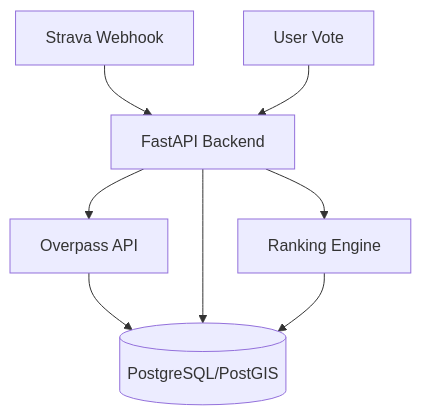
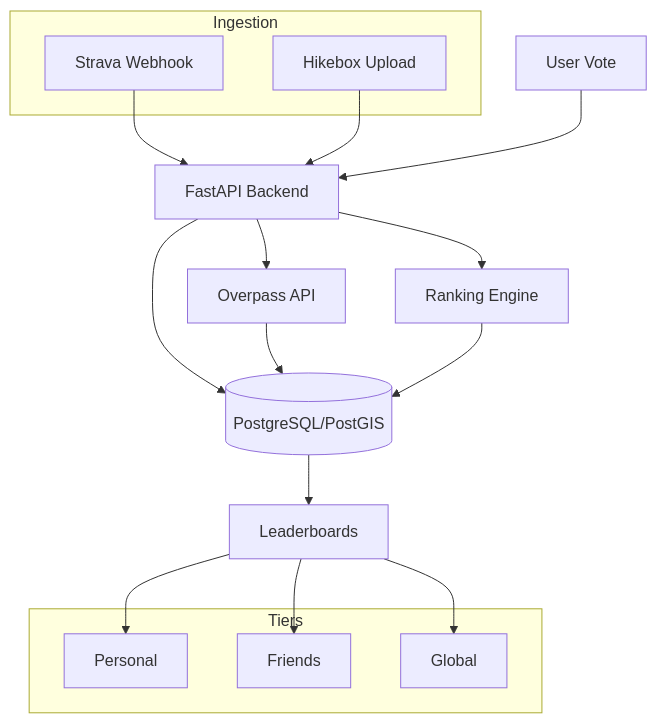
Before and after one commit to krishjp/cairn: the first of 2 diagrams in README.md, drawn with Mermaid. The commit also changed other lines of this file and 19 other files, not shown here.

First line of the commit message:
feat: Backend & Architecture Refactor for Hikebox Support

````diff
--- a/README.md
+++ b/README.md
@@ -16,10 +16,28 @@
 ```mermaid
 graph TD
-    A[Strava Webhook] --> B[FastAPI Backend]
+    subgraph Ingestion
+        A1[Strava Webhook]
+        A2[Hikebox Upload]
+    end
+
+    A1 --> B[FastAPI Backend]
+    A2 --> B
+    
     B --> C[Overpass API]
-    C --> D[(PostgreSQL/PostGIS)]
-    B --> D
+    B --> D[(PostgreSQL/PostGIS)]
+    C --> D
+    
     E[User Vote] --> B
     B --> F[Ranking Engine]
     F --> D
+    
+    D --> G[Leaderboards]
+    subgraph Tiers
+        G1[Personal]
+        G2[Friends]
+        G3[Global]
+    end
+    G --> G1
+    G --> G2
+    G --> G3
 ```
````
